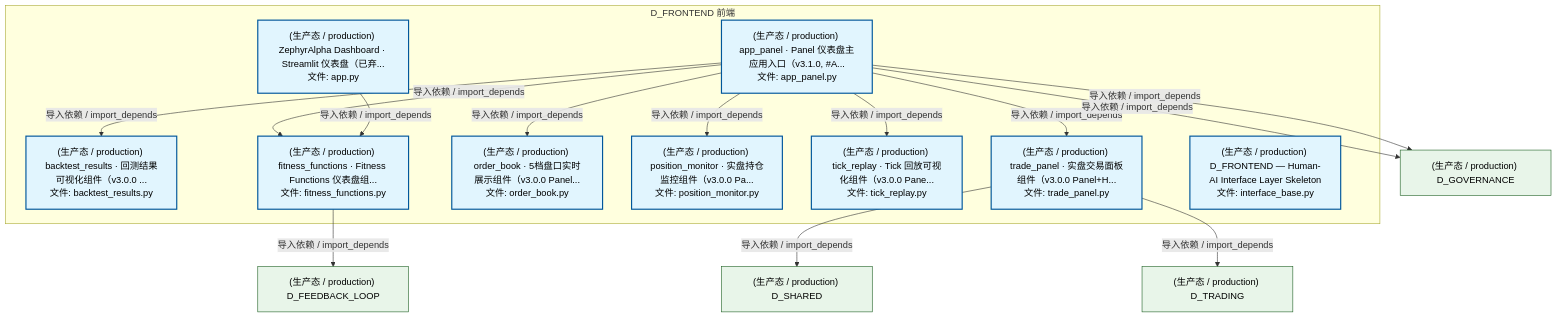
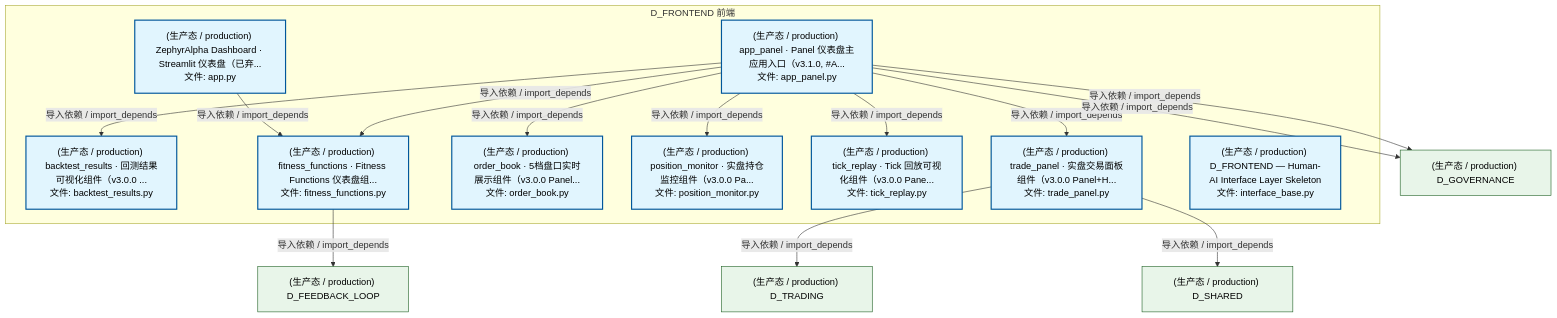
The second of 5 diagrams in docs/02_enterprise_architecture/02_domain_architecture_docs/15_d_frontend.md (xuanFelixVan/ZephyrAlpha), drawn with Mermaid before and after one commit. The commit also changed 101 other files, not shown here.

````diff
--- a/docs/02_enterprise_architecture/02_domain_architecture_docs/15_d_frontend.md
+++ b/docs/02_enterprise_architecture/02_domain_architecture_docs/15_d_frontend.md
@@ -165,36 +165,36 @@
 ```mermaid
 graph TD
     subgraph D_FRONTEND["D_FRONTEND 前端"]
         src_zephyr_frontend_dashboard_app_py["(生产态 / production) ZephyrAlpha Dashboard · Streamlit 仪表盘（已弃...<br/>文件: app.py"]
         src_zephyr_frontend_dashboard_app_panel_py["(生产态 / production) app_panel · Panel 仪表盘主应用入口（v3.1.0, #A...<br/>文件: app_panel.py"]
         src_zephyr_frontend_dashboard_components_backtest_results_py["(生产态 / production) backtest_results · 回测结果可视化组件（v3.0.0 ...<br/>文件: backtest_results.py"]
         src_zephyr_frontend_dashboard_components_fitness_functions_py["(生产态 / production) fitness_functions · Fitness Functions 仪表盘组...<br/>文件: fitness_functions.py"]
         src_zephyr_frontend_dashboard_components_order_book_py["(生产态 / production) order_book · 5档盘口实时展示组件（v3.0.0 Panel...<br/>文件: order_book.py"]
         src_zephyr_frontend_dashboard_components_position_monitor_py["(生产态 / production) position_monitor · 实盘持仓监控组件（v3.0.0 Pa...<br/>文件: position_monitor.py"]
         src_zephyr_frontend_dashboard_components_tick_replay_py["(生产态 / production) tick_replay · Tick 回放可视化组件（v3.0.0 Pane...<br/>文件: tick_replay.py"]
         src_zephyr_frontend_dashboard_components_trade_panel_py["(生产态 / production) trade_panel · 实盘交易面板组件（v3.0.0 Panel+H...<br/>文件: trade_panel.py"]
         src_zephyr_frontend_interface_base_py["(生产态 / production) D_FRONTEND — Human-AI Interface Layer Skeleton<br/>文件: interface_base.py"]
     end
+    src_zephyr_frontend_dashboard_app_py -->|导入依赖 / import_depends| src_zephyr_frontend_dashboard_components_fitness_functions_py
+    src_zephyr_frontend_dashboard_app_panel_py -->|导入依赖 / import_depends| src_zephyr_frontend_dashboard_components_backtest_results_py
+    src_zephyr_frontend_dashboard_app_panel_py -->|导入依赖 / import_depends| src_zephyr_frontend_dashboard_components_order_book_py
+    src_zephyr_frontend_dashboard_app_panel_py -->|导入依赖 / import_depends| src_zephyr_frontend_dashboard_components_fitness_functions_py
+    src_zephyr_frontend_dashboard_app_panel_py -->|导入依赖 / import_depends| src_zephyr_frontend_dashboard_components_position_monitor_py
     src_zephyr_frontend_dashboard_app_panel_py -->|导入依赖 / import_depends| src_zephyr_frontend_dashboard_components_trade_panel_py
     src_zephyr_frontend_dashboard_app_panel_py -->|导入依赖 / import_depends| src_zephyr_frontend_dashboard_components_tick_replay_py
-    src_zephyr_frontend_dashboard_app_panel_py -->|导入依赖 / import_depends| src_zephyr_frontend_dashboard_components_position_monitor_py
-    src_zephyr_frontend_dashboard_app_panel_py -->|导入依赖 / import_depends| src_zephyr_frontend_dashboard_components_order_book_py
-    src_zephyr_frontend_dashboard_app_panel_py -->|导入依赖 / import_depends| src_zephyr_frontend_dashboard_components_fitness_functions_py
-    src_zephyr_frontend_dashboard_app_panel_py -->|导入依赖 / import_depends| src_zephyr_frontend_dashboard_components_backtest_results_py
-    src_zephyr_frontend_dashboard_app_py -->|导入依赖 / import_depends| src_zephyr_frontend_dashboard_components_fitness_functions_py
     D_GOVERNANCE["(生产态 / production) D_GOVERNANCE"]
+    src_zephyr_frontend_dashboard_app_panel_py -->|导入依赖 / import_depends| D_GOVERNANCE
     src_zephyr_frontend_dashboard_app_panel_py -->|导入依赖 / import_depends| D_GOVERNANCE
     D_FEEDBACK_LOOP["(生产态 / production) D_FEEDBACK_LOOP"]
     src_zephyr_frontend_dashboard_components_fitness_functions_py -->|导入依赖 / import_depends| D_FEEDBACK_LOOP
+    D_TRADING["(生产态 / production) D_TRADING"]
+    src_zephyr_frontend_dashboard_components_trade_panel_py -->|导入依赖 / import_depends| D_TRADING
     D_SHARED["(生产态 / production) D_SHARED"]
     src_zephyr_frontend_dashboard_components_trade_panel_py -->|导入依赖 / import_depends| D_SHARED
-    src_zephyr_frontend_dashboard_app_panel_py -->|导入依赖 / import_depends| D_GOVERNANCE
-    D_TRADING["(生产态 / production) D_TRADING"]
-    src_zephyr_frontend_dashboard_components_trade_panel_py -->|导入依赖 / import_depends| D_TRADING
     classDef production fill:#e1f5fe,stroke:#01579b,stroke-width:2px,color:#000
     classDef design fill:#fff3e0,stroke:#e65100,stroke-width:2px,color:#000,stroke-dasharray: 5 5
     classDef external_prod fill:#e8f5e9,stroke:#1b5e20,stroke-width:1px,color:#000
     classDef external_design fill:#fce4ec,stroke:#880e4f,stroke-width:1px,color:#000,stroke-dasharray: 5 5
     class src_zephyr_frontend_dashboard_app_py,src_zephyr_frontend_dashboard_app_panel_py,src_zephyr_frontend_dashboard_components_backtest_results_py,src_zephyr_frontend_dashboard_components_fitness_functions_py,src_zephyr_frontend_dashboard_components_order_book_py,src_zephyr_frontend_dashboard_components_position_monitor_py,src_zephyr_frontend_dashboard_components_tick_replay_py,src_zephyr_frontend_dashboard_components_trade_panel_py,src_zephyr_frontend_interface_base_py production
-    class D_GOVERNANCE,D_FEEDBACK_LOOP,D_SHARED,D_TRADING external_prod
+    class D_GOVERNANCE,D_FEEDBACK_LOOP,D_TRADING,D_SHARED external_prod
 ```
````
